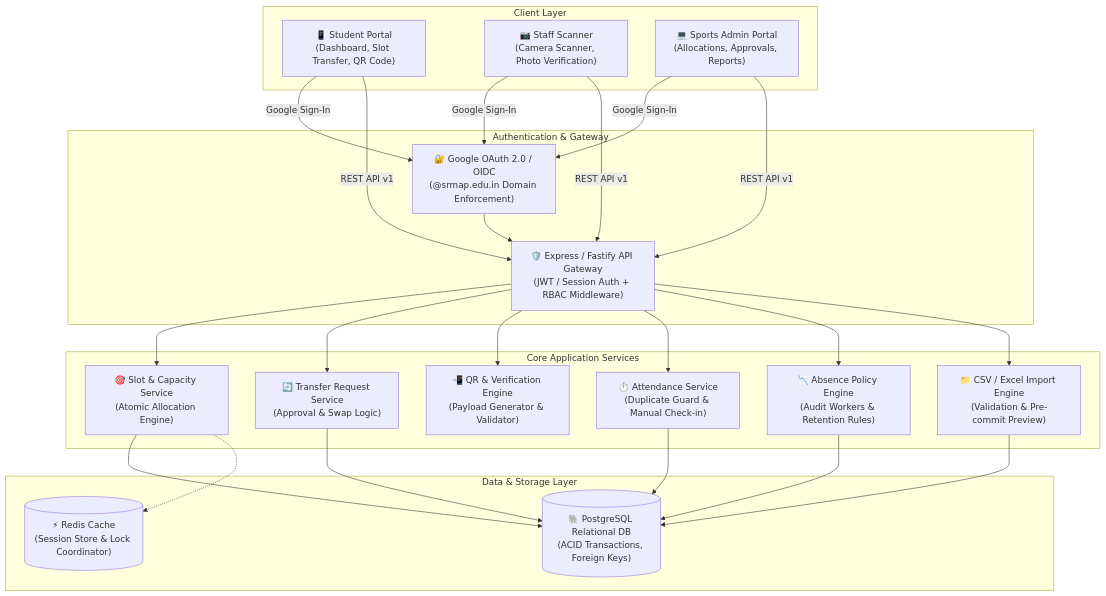
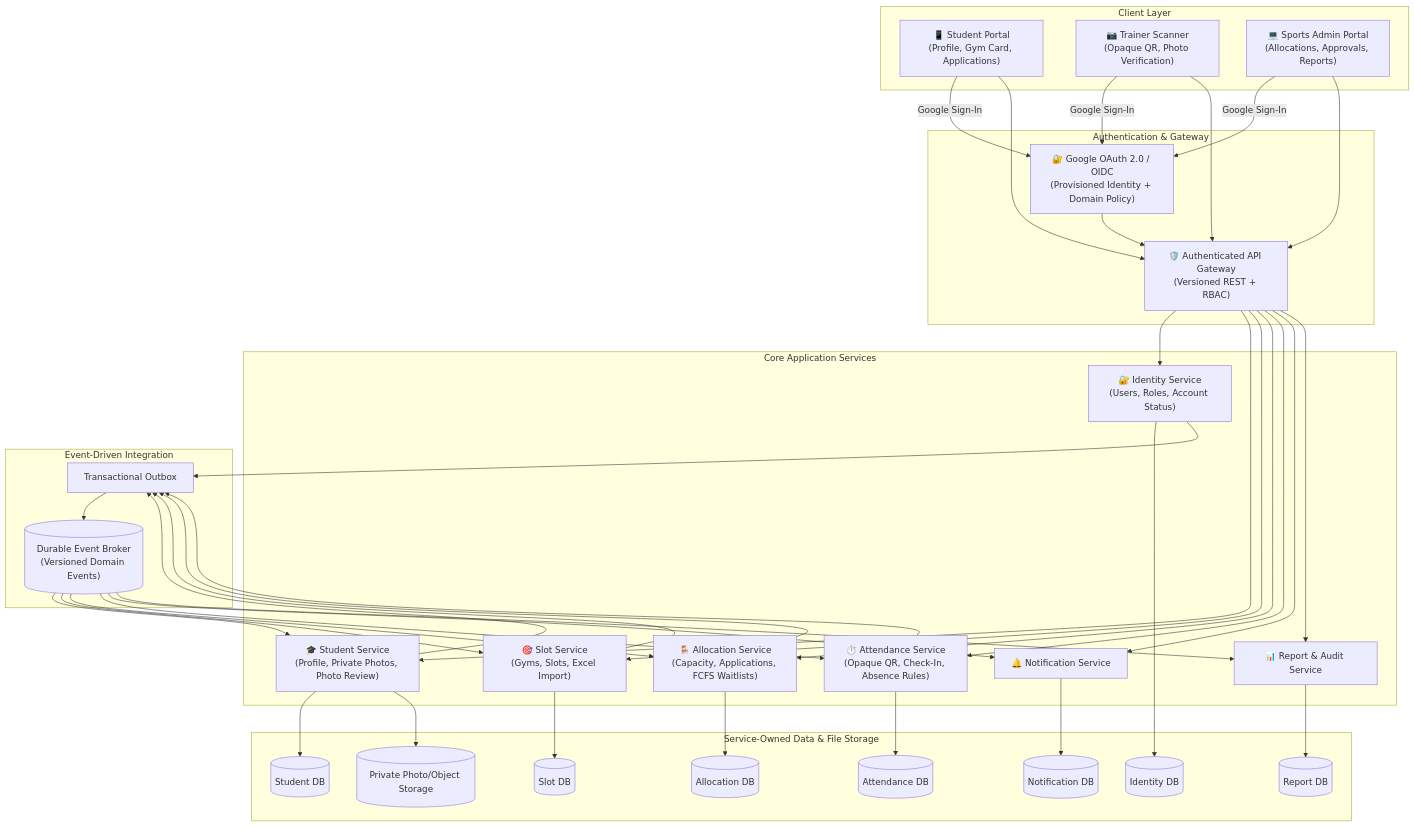
Before and after one commit to Aarav-cyber/Gym-allocation: the first of 4 diagrams in README.md, drawn with Mermaid. The commit also changed other lines of this file, not shown here.

````diff
--- a/README.md
+++ b/README.md
@@ -129,51 +141,78 @@
 ```mermaid
 flowchart TB
     subgraph Clients ["Client Layer"]
-        StudentApp["📱 Student Portal<br/>(Dashboard, Slot Transfer, QR Code)"]
-        StaffApp["📷 Staff Scanner<br/>(Camera Scanner, Photo Verification)"]
+        StudentApp["📱 Student Portal<br/>(Profile, Gym Card, Applications)"]
+        StaffApp["📷 Trainer Scanner<br/>(Opaque QR, Photo Verification)"]
         AdminApp["💻 Sports Admin Portal<br/>(Allocations, Approvals, Reports)"]
     end
 
     subgraph AuthLayer ["Authentication & Gateway"]
-        GoogleOAuth["🔐 Google OAuth 2.0 / OIDC<br/>(@srmap.edu.in Domain Enforcement)"]
-        APIGateway["🛡️ Express / Fastify API Gateway<br/>(JWT / Session Auth + RBAC Middleware)"]
+        GoogleOAuth["🔐 Google OAuth 2.0 / OIDC<br/>(Provisioned Identity + Domain Policy)"]
+        APIGateway["🛡️ Authenticated API Gateway<br/>(Versioned REST + RBAC)"]
     end
 
     subgraph ServiceLayer ["Core Application Services"]
-        SlotSvc["🎯 Slot & Capacity Service<br/>(Atomic Allocation Engine)"]
-        TransferSvc["🔄 Transfer Request Service<br/>(Approval & Swap Logic)"]
-        QRSvc["📲 QR & Verification Engine<br/>(Payload Generator & Validator)"]
-        AttendanceSvc["⏱️ Attendance Service<br/>(Duplicate Guard & Manual Check-in)"]
-        AbsenceSvc["📉 Absence Policy Engine<br/>(Audit Workers & Retention Rules)"]
-        ImportSvc["📁 CSV / Excel Import Engine<br/>(Validation & Pre-commit Preview)"]
+        IdentitySvc["🔐 Identity Service<br/>(Users, Roles, Account Status)"]
+        StudentSvc["🎓 Student Service<br/>(Profile, Private Photos, Photo Review)"]
+        SlotSvc["🎯 Slot Service<br/>(Gyms, Slots, Excel Import)"]
+        AllocationSvc["🪑 Allocation Service<br/>(Capacity, Applications, FCFS Waitlists)"]
+        AttendanceSvc["⏱️ Attendance Service<br/>(Opaque QR, Check-In, Absence Rules)"]
+        NotificationSvc["🔔 Notification Service"]
+        ReportSvc["📊 Report & Audit Service"]
     end
 
-    subgraph DataLayer ["Data & Storage Layer"]
-        Postgres[("🐘 PostgreSQL Relational DB<br/>(ACID Transactions, Foreign Keys)")]
-        RedisCache[("⚡ Redis Cache<br/>(Session Store & Lock Coordinator)")]
+    subgraph EventLayer ["Event-Driven Integration"]
+        Outbox["Transactional Outbox"]
+        Broker[("Durable Event Broker<br/>(Versioned Domain Events)")]
+    end
+
+    subgraph DataLayer ["Service-Owned Data & File Storage"]
+        IdentityDB[("Identity DB")]
+        StudentDB[("Student DB")]
+        SlotDB[("Slot DB")]
+        AllocationDB[("Allocation DB")]
+        AttendanceDB[("Attendance DB")]
+        NotificationDB[("Notification DB")]
+        ReportDB[("Report DB")]
+        ObjectStore[("Private Photo/Object Storage")]
     end
 
     StudentApp -->|Google Sign-In| GoogleOAuth
     StaffApp -->|Google Sign-In| GoogleOAuth
     AdminApp -->|Google Sign-In| GoogleOAuth
     GoogleOAuth --> APIGateway
 
-    StudentApp -->|REST API v1| APIGateway
-    StaffApp -->|REST API v1| APIGateway
-    AdminApp -->|REST API v1| APIGateway
+    StudentApp --> APIGateway
+    StaffApp --> APIGateway
+    AdminApp --> APIGateway
 
+    APIGateway --> IdentitySvc
+    APIGateway --> StudentSvc
     APIGateway --> SlotSvc
-    APIGateway --> TransferSvc
-    APIGateway --> QRSvc
+    APIGateway --> AllocationSvc
     APIGateway --> AttendanceSvc
-    APIGateway --> AbsenceSvc
-    APIGateway --> ImportSvc
+    APIGateway --> NotificationSvc
+    APIGateway --> ReportSvc
 
-    SlotSvc --> Postgres
-    TransferSvc --> Postgres
-    AttendanceSvc --> Postgres
-    AbsenceSvc --> Postgres
-    ImportSvc --> Postgres
+    IdentitySvc --> IdentityDB
+    StudentSvc --> StudentDB
+    StudentSvc --> ObjectStore
+    SlotSvc --> SlotDB
+    AllocationSvc --> AllocationDB
+    AttendanceSvc --> AttendanceDB
+    NotificationSvc --> NotificationDB
+    ReportSvc --> ReportDB
 
-    SlotSvc -.-> RedisCache
+    IdentitySvc --> Outbox
+    StudentSvc --> Outbox
+    SlotSvc --> Outbox
+    AllocationSvc --> Outbox
+    AttendanceSvc --> Outbox
+    Outbox --> Broker
+    Broker --> StudentSvc
+    Broker --> SlotSvc
+    Broker --> AllocationSvc
+    Broker --> AttendanceSvc
+    Broker --> NotificationSvc
+    Broker --> ReportSvc
 ```
````
